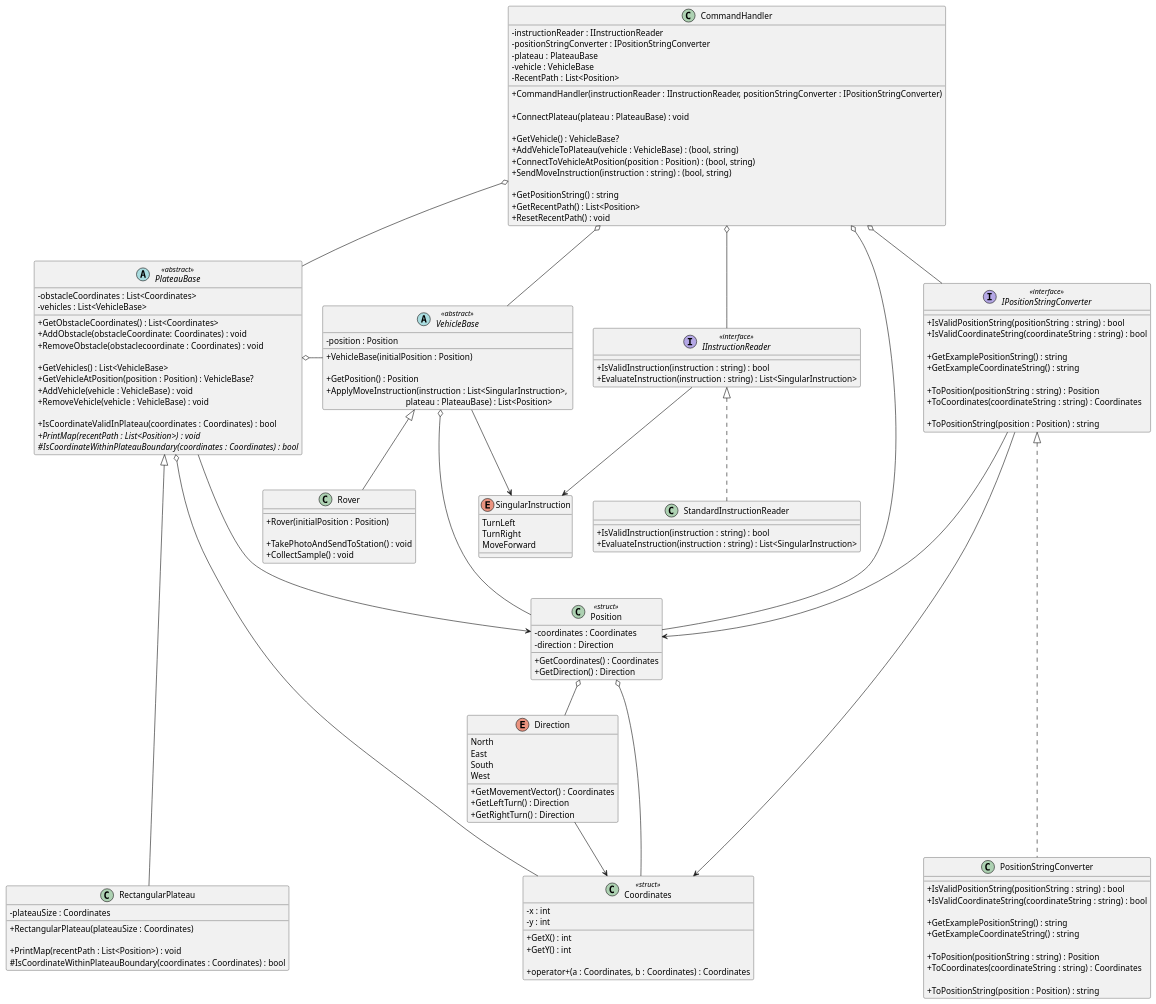
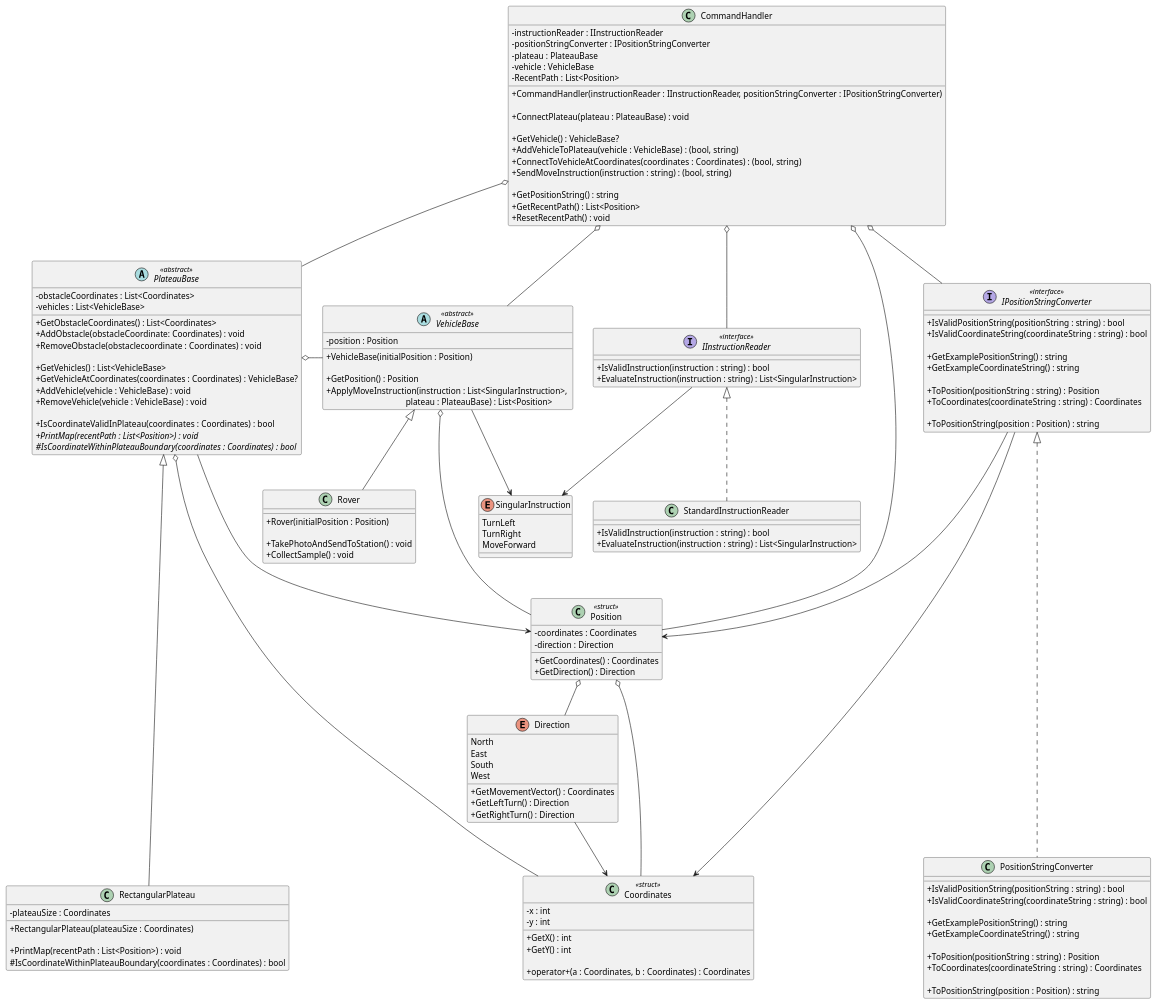
The diagram in diagrams/MarsRoverChallenge.puml (iamfranco/MarsRoverChallenge), drawn with PlantUML before and after one commit. The commit also changed 1 other file, not shown here.

Commit message:
UML: change ConnectToVehicleAtPosition to ConnectToVehicleAtCoordinates

```diff
--- a/diagrams/MarsRoverChallenge.puml
+++ b/diagrams/MarsRoverChallenge.puml
@@ -1,180 +1,180 @@
 @startuml "Mars Rover Challenge"
 skinparam classAttributeIconSize 0
 
 class CommandHandler
 {
   - instructionReader : IInstructionReader
   - positionStringConverter : IPositionStringConverter
   - plateau : PlateauBase
   - vehicle : VehicleBase
   - RecentPath : List<Position>
 
   + CommandHandler(instructionReader : IInstructionReader, positionStringConverter : IPositionStringConverter)
   
   + ConnectPlateau(plateau : PlateauBase) : void
 
   + GetVehicle() : VehicleBase?
   + AddVehicleToPlateau(vehicle : VehicleBase) : (bool, string)
-  + ConnectToVehicleAtPosition(position : Position) : (bool, string)
+  + ConnectToVehicleAtCoordinates(coordinates : Coordinates) : (bool, string)
   + SendMoveInstruction(instruction : string) : (bool, string)
 
   + GetPositionString() : string
   + GetRecentPath() : List<Position>
   + ResetRecentPath() : void
 }
 
 interface IInstructionReader <<interface>>
 {
   + IsValidInstruction(instruction : string) : bool
   + EvaluateInstruction(instruction : string) : List<SingularInstruction>
 }
 
 enum SingularInstruction
 {
   TurnLeft
   TurnRight
   MoveForward
 }
 
 class StandardInstructionReader
 {
   + IsValidInstruction(instruction : string) : bool
   + EvaluateInstruction(instruction : string) : List<SingularInstruction>
 }
 
 abstract PlateauBase <<abstract>>
 {
   - obstacleCoordinates : List<Coordinates>
   - vehicles : List<VehicleBase>
 
   + GetObstacleCoordinates() : List<Coordinates>
   + AddObstacle(obstacleCoordinate: Coordinates) : void
   + RemoveObstacle(obstaclecoordinate : Coordinates) : void
 
   + GetVehicles() : List<VehicleBase>
-  + GetVehicleAtPosition(position : Position) : VehicleBase?
+  + GetVehicleAtCoordinates(coordinates : Coordinates) : VehicleBase?
   + AddVehicle(vehicle : VehicleBase) : void
   + RemoveVehicle(vehicle : VehicleBase) : void
 
    + IsCoordinateValidInPlateau(coordinates : Coordinates) : bool
   {abstract} + PrintMap(recentPath : List<Position>) : void
   {abstract} # IsCoordinateWithinPlateauBoundary(coordinates : Coordinates) : bool
 }
 
 class RectangularPlateau
 {
   - plateauSize : Coordinates
 
   + RectangularPlateau(plateauSize : Coordinates)
 
   + PrintMap(recentPath : List<Position>) : void
   # IsCoordinateWithinPlateauBoundary(coordinates : Coordinates) : bool
 }
 
 class Coordinates <<struct>>
 {
   - x : int
   - y : int
 
   + GetX() : int
   + GetY() : int
 
   + operator+(a : Coordinates, b : Coordinates) : Coordinates
 }
 
 enum Direction
 {
   North
   East
   South
   West
 
   + GetMovementVector() : Coordinates
   + GetLeftTurn() : Direction
   + GetRightTurn() : Direction
 }
 
 interface IPositionStringConverter <<interface>>
 {
   + IsValidPositionString(positionString : string) : bool
   + IsValidCoordinateString(coordinateString : string) : bool
 
   + GetExamplePositionString() : string
   + GetExampleCoordinateString() : string
 
   + ToPosition(positionString : string) : Position
   + ToCoordinates(coordinateString : string) : Coordinates
 
   + ToPositionString(position : Position) : string
 }
 
 class Position <<struct>>
 {
   - coordinates : Coordinates
   - direction : Direction
 
   + GetCoordinates() : Coordinates
   + GetDirection() : Direction
 }
 
 class PositionStringConverter
 {
   + IsValidPositionString(positionString : string) : bool
   + IsValidCoordinateString(coordinateString : string) : bool
 
   + GetExamplePositionString() : string
   + GetExampleCoordinateString() : string
 
   + ToPosition(positionString : string) : Position
   + ToCoordinates(coordinateString : string) : Coordinates
 
   + ToPositionString(position : Position) : string
 }
 
 class Rover
 {
   + Rover(initialPosition : Position)
 
   + TakePhotoAndSendToStation() : void
   + CollectSample() : void
 }
 
 abstract VehicleBase <<abstract>>
 {
   - position : Position
 
   + VehicleBase(initialPosition : Position)
 
   + GetPosition() : Position
   + ApplyMoveInstruction(instruction : List<SingularInstruction>, \n\
                                      plateau : PlateauBase) : List<Position>
 }
 
 CommandHandler o-- IInstructionReader
 CommandHandler o-- IPositionStringConverter
 CommandHandler o-- PlateauBase
 CommandHandler o-- VehicleBase
 CommandHandler o---- Position
 
 IInstructionReader --> SingularInstruction
 IInstructionReader <|.. StandardInstructionReader 
 
 VehicleBase <|-- Rover
 VehicleBase --> SingularInstruction
 VehicleBase o--- Position
 
 IPositionStringConverter <|..... PositionStringConverter
 IPositionStringConverter ---> Position
 IPositionStringConverter ---> Coordinates
 
 PlateauBase <|----- RectangularPlateau
 PlateauBase --> Position
 PlateauBase o-- Coordinates
 PlateauBase o- VehicleBase
 
 Direction --> Coordinates 
 
 Position o-- Direction
 Position o-- Coordinates
 
 @enduml
```
